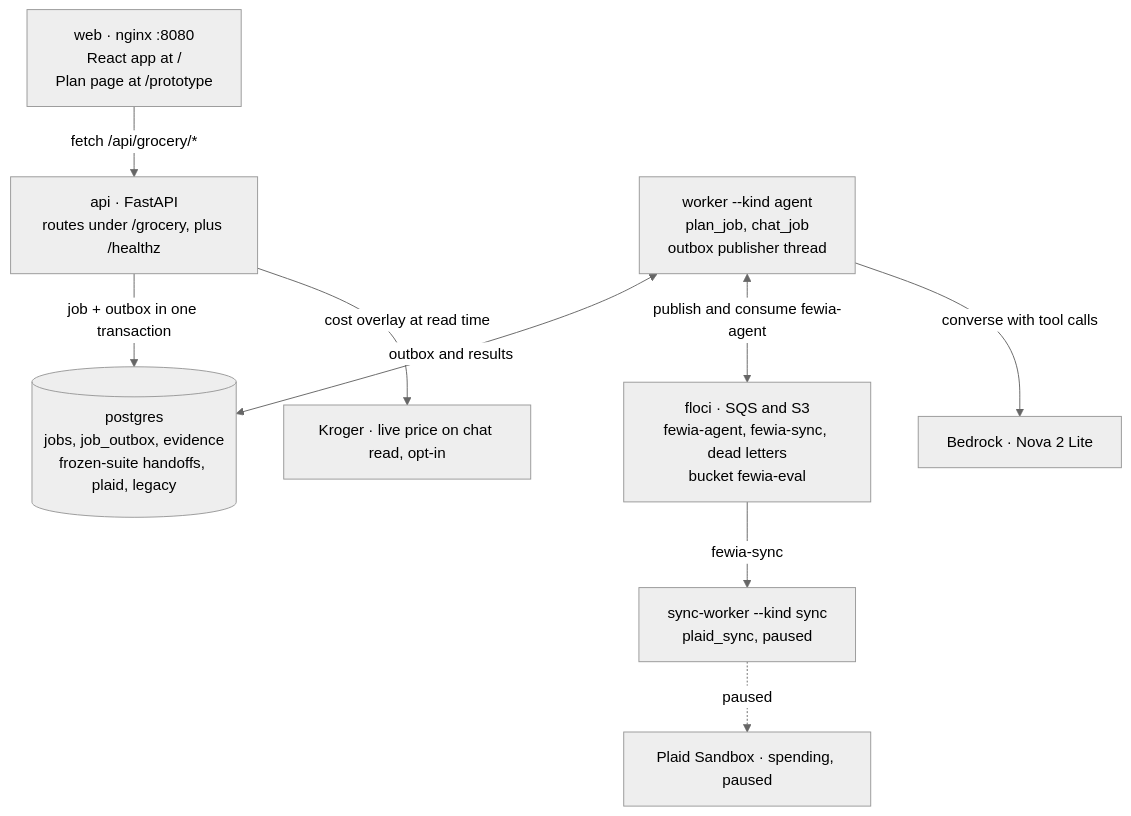
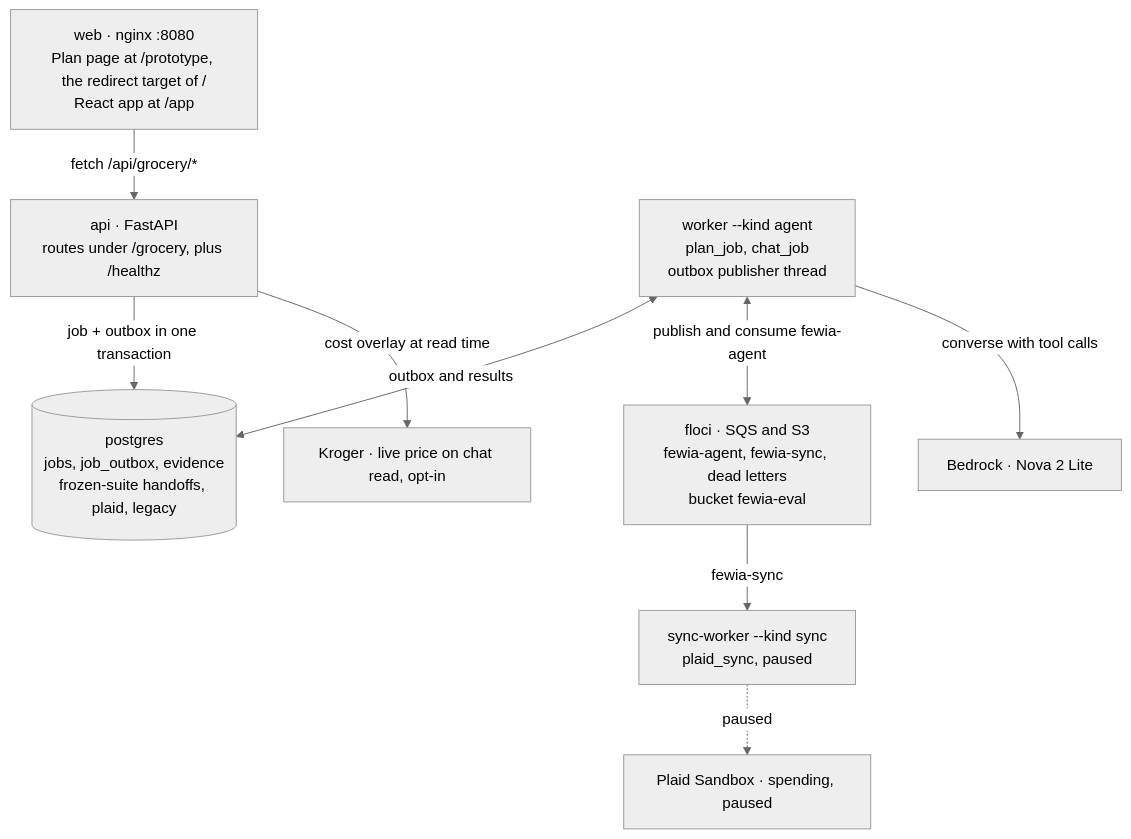
One commit to emanuelGitCodes/fewia changed the diagram in docs/FEATURE_MAP.md. Above: the diagram before and after it, drawn with Mermaid (neutral theme). The commit also changed 3 other files, not shown here.

````diff
--- a/docs/FEATURE_MAP.md
+++ b/docs/FEATURE_MAP.md
@@ -32,20 +32,20 @@
 ```mermaid
 flowchart TB
-  web["web · nginx :8080<br/>React app at /<br/>Plan page at /prototype"]
+  web["web · nginx :8080<br/>Plan page at /prototype, the redirect target of /<br/>React app at /app"]
   api["api · FastAPI<br/>routes under /grocery, plus /healthz"]
   pg[("postgres<br/>jobs, job_outbox, evidence<br/>frozen-suite handoffs, plaid, legacy")]
   floci["floci · SQS and S3<br/>fewia-agent, fewia-sync, dead letters<br/>bucket fewia-eval"]
   worker["worker --kind agent<br/>plan_job, chat_job<br/>outbox publisher thread"]
   sync["sync-worker --kind sync<br/>plaid_sync, paused"]
   bedrock["Bedrock · Nova 2 Lite"]
   spoon["Kroger · live price on chat read, opt-in"]
   plaid["Plaid Sandbox · spending, paused"]
   web -->|fetch /api/grocery/*| api
   api -->|job + outbox in one transaction| pg
   worker <-->|outbox and results| pg
   worker <-->|publish and consume fewia-agent| floci
   floci -->|fewia-sync| sync
   worker -->|converse with tool calls| bedrock
   api -->|cost overlay at read time| spoon
   sync -.->|paused| plaid
 ```
````
